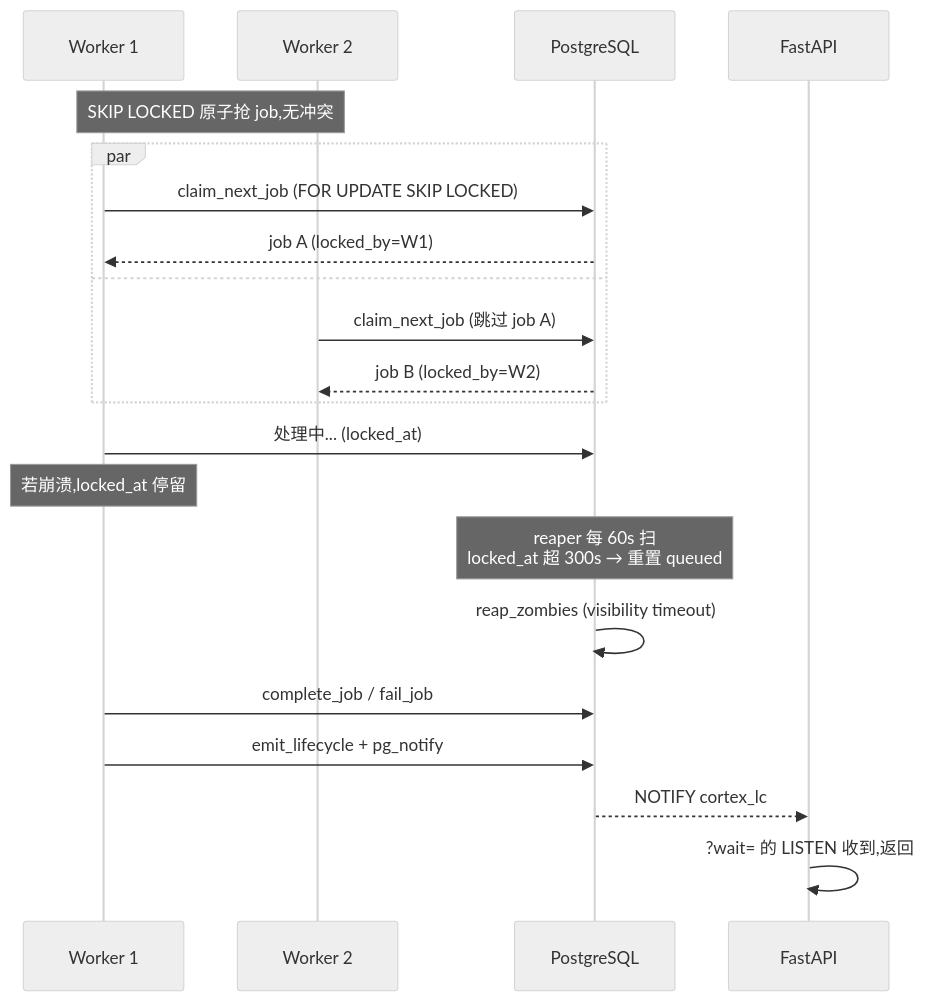
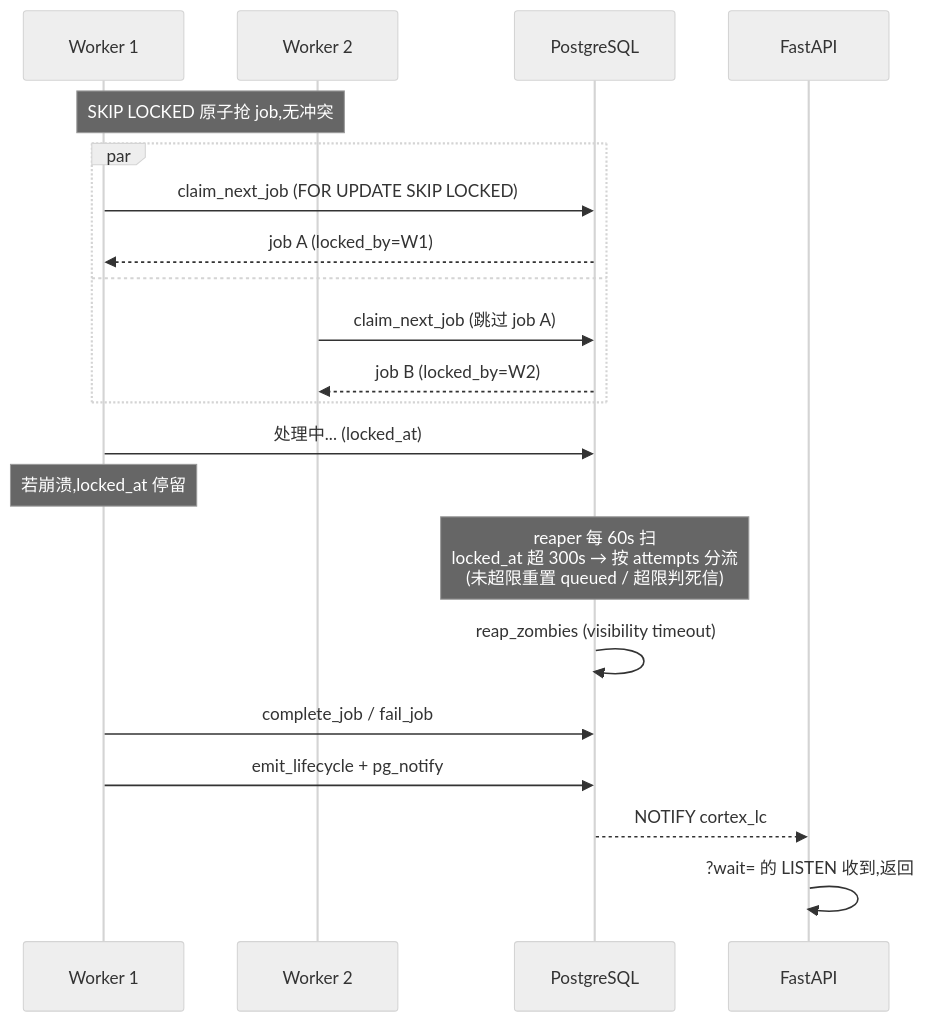
The fourth of 11 diagrams in source/chapters/23-architecture-diagrams.md (pty819/cortex-py-book), drawn with Mermaid (neutral theme) before and after one commit. The commit also changed other lines of this file and 27 other files, not shown here.

````diff
--- a/source/chapters/23-architecture-diagrams.md
+++ b/source/chapters/23-architecture-diagrams.md
@@ -180,26 +201,26 @@
 ```{mermaid}
 sequenceDiagram
     participant W1 as Worker 1
     participant W2 as Worker 2
     participant DB as PostgreSQL
     participant API as FastAPI
 
     Note over W1,W2: SKIP LOCKED 原子抢 job,无冲突
     par
         W1->>DB: claim_next_job (FOR UPDATE SKIP LOCKED)
         DB-->>W1: job A (locked_by=W1)
     and
         W2->>DB: claim_next_job (跳过 job A)
         DB-->>W2: job B (locked_by=W2)
     end
 
     W1->>DB: 处理中... (locked_at)
     Note over W1: 若崩溃,locked_at 停留
-    Note over DB: reaper 每 60s 扫<br/>locked_at 超 300s → 重置 queued
+    Note over DB: reaper 每 60s 扫<br/>locked_at 超 300s → 按 attempts 分流<br/>(未超限重置 queued / 超限判死信)
     DB->>DB: reap_zombies (visibility timeout)
 
     W1->>DB: complete_job / fail_job
     W1->>DB: emit_lifecycle + pg_notify
     DB-->>API: NOTIFY cortex_lc
     API->>API: ?wait= 的 LISTEN 收到,返回
 ```
````
